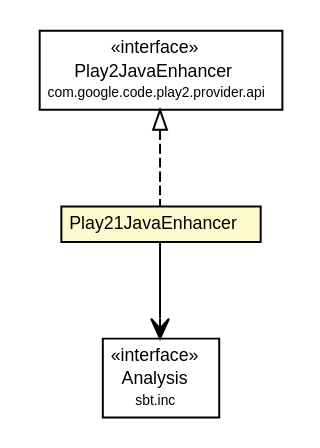
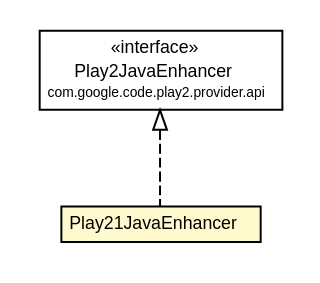
One commit to wouterhardeman/play2-maven-plugin changed the diagram in mavensite/1.0.0-alpha7-SNAPSHOT/play2-providers/play2-provider-play21/apidocs/com/google/code/play2/provider/play21/Play21JavaEnhancer.dot. Above: the diagram before and after it, drawn with Graphviz. The commit also changed 660 other files, not shown here.

Commit message:
Production site for version "1.0.0-alpha7-SNAPSHOT" - updated.

```diff
--- a/mavensite/1.0.0-alpha7-SNAPSHOT/play2-providers/play2-provider-play21/apidocs/com/google/code/play2/provider/play21/Play21JavaEnhancer.dot
+++ b/mavensite/1.0.0-alpha7-SNAPSHOT/play2-providers/play2-provider-play21/apidocs/com/google/code/play2/provider/play21/Play21JavaEnhancer.dot
@@ -1,38 +1,28 @@
 #!/usr/local/bin/dot
 #
 # Class diagram 
 # Generated by UMLGraph version R5_6-24-gf6e263 (http://www.umlgraph.org/)
 #
 
 digraph G {
 	edge [fontname="arial",fontsize=10,labelfontname="arial",labelfontsize=10];
 	node [fontname="arial",fontsize=10,shape=plaintext];
 	nodesep=0.25;
 	ranksep=0.5;
 	// com.google.code.play2.provider.play21.Play21JavaEnhancer
-	c86 [label=<<table title="com.google.code.play2.provider.play21.Play21JavaEnhancer" border="0" cellborder="1" cellspacing="0" cellpadding="2" port="p" bgcolor="lemonChiffon" href="./Play21JavaEnhancer.html">
+	c89 [label=<<table title="com.google.code.play2.provider.play21.Play21JavaEnhancer" border="0" cellborder="1" cellspacing="0" cellpadding="2" port="p" bgcolor="lemonChiffon" href="./Play21JavaEnhancer.html">
 		<tr><td><table border="0" cellspacing="0" cellpadding="1">
 <tr><td align="center" balign="center"> Play21JavaEnhancer </td></tr>
 		</table></td></tr>
 		</table>>, URL="./Play21JavaEnhancer.html", fontname="arial", fontcolor="black", fontsize=9.0];
 	//com.google.code.play2.provider.play21.Play21JavaEnhancer implements com.google.code.play2.provider.api.Play2JavaEnhancer
-	c90:p -> c86:p [dir=back,arrowtail=empty,style=dashed];
-	// com.google.code.play2.provider.play21.Play21JavaEnhancer NAVASSOC sbt.inc.Analysis
-	c86:p -> c94:p [taillabel="", label="", headlabel="", fontname="arial", fontcolor="black", fontsize=10.0, color="black", arrowhead=open];
+	c93:p -> c89:p [dir=back,arrowtail=empty,style=dashed];
 	// com.google.code.play2.provider.api.Play2JavaEnhancer
-	c90 [label=<<table title="com.google.code.play2.provider.api.Play2JavaEnhancer" border="0" cellborder="1" cellspacing="0" cellpadding="2" port="p" href="https://play2-maven-plugin.googlecode.com/svn/mavensite/1.0.0-alpha6/play2-provider-api/apidocs/com/google/code/play2/provider/api/Play2JavaEnhancer.html">
+	c93 [label=<<table title="com.google.code.play2.provider.api.Play2JavaEnhancer" border="0" cellborder="1" cellspacing="0" cellpadding="2" port="p" href="https://play2-maven-plugin.googlecode.com/svn/mavensite/1.0.0-alpha7-SNAPSHOT/play2-provider-api/apidocs/com/google/code/play2/provider/api/Play2JavaEnhancer.html">
 		<tr><td><table border="0" cellspacing="0" cellpadding="1">
 <tr><td align="center" balign="center"> &#171;interface&#187; </td></tr>
 <tr><td align="center" balign="center"> Play2JavaEnhancer </td></tr>
 <tr><td align="center" balign="center"><font point-size="7.0"> com.google.code.play2.provider.api </font></td></tr>
 		</table></td></tr>
-		</table>>, URL="https://play2-maven-plugin.googlecode.com/svn/mavensite/1.0.0-alpha6/play2-provider-api/apidocs/com/google/code/play2/provider/api/Play2JavaEnhancer.html", fontname="arial", fontcolor="black", fontsize=9.0];
-	// sbt.inc.Analysis
-	c94 [label=<<table title="sbt.inc.Analysis" border="0" cellborder="1" cellspacing="0" cellpadding="2" port="p">
-		<tr><td><table border="0" cellspacing="0" cellpadding="1">
-<tr><td align="center" balign="center"> &#171;interface&#187; </td></tr>
-<tr><td align="center" balign="center"> Analysis </td></tr>
-<tr><td align="center" balign="center"><font point-size="7.0"> sbt.inc </font></td></tr>
-		</table></td></tr>
-		</table>>, URL="null", fontname="arial", fontcolor="black", fontsize=9.0];
+		</table>>, URL="https://play2-maven-plugin.googlecode.com/svn/mavensite/1.0.0-alpha7-SNAPSHOT/play2-provider-api/apidocs/com/google/code/play2/provider/api/Play2JavaEnhancer.html", fontname="arial", fontcolor="black", fontsize=9.0];
 }
```
